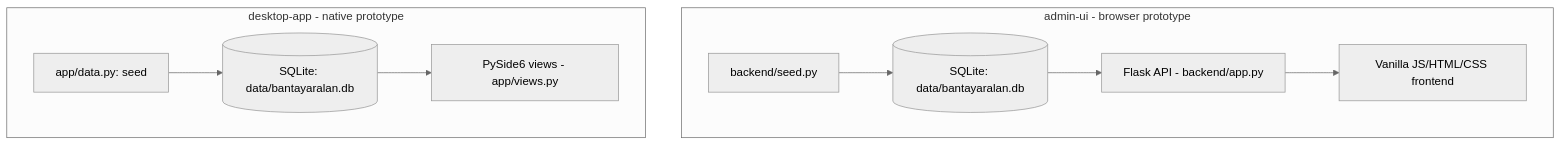
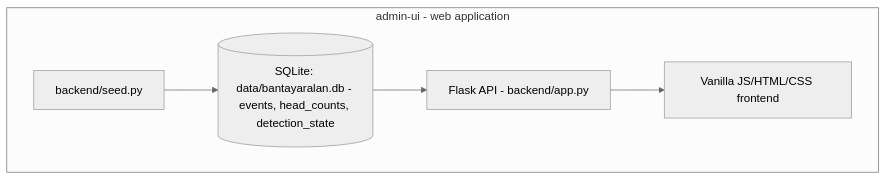
The second of 2 diagrams in Knowledge/03 - Architecture/System Architecture.md (riekoqq/BantayAralan), drawn with Mermaid (neutral theme) before and after one commit. The commit also changed other lines of this file and 22 other files, not shown here.

````diff
--- a/Knowledge/03 - Architecture/System Architecture.md
+++ b/Knowledge/03 - Architecture/System Architecture.md
@@ -32,12 +32,8 @@
 ```mermaid
 flowchart TB
-    subgraph adminui [admin-ui - browser prototype]
-        SeedA[backend/seed.py] --> DBA[(SQLite: data/bantayaralan.db)]
-        DBA --> Flask[Flask API - backend/app.py]
+    subgraph adminui [admin-ui - web application]
+        Seed[backend/seed.py] --> DB[(SQLite: data/bantayaralan.db - events, head_counts, detection_state)]
+        DB --> Flask[Flask API - backend/app.py]
         Flask --> FE[Vanilla JS/HTML/CSS frontend]
     end
-    subgraph desktopapp [desktop-app - native prototype]
-        SeedB[app/data.py: seed] --> DBB[(SQLite: data/bantayaralan.db)]
-        DBB --> Qt[PySide6 views - app/views.py]
-    end
 ```
````
